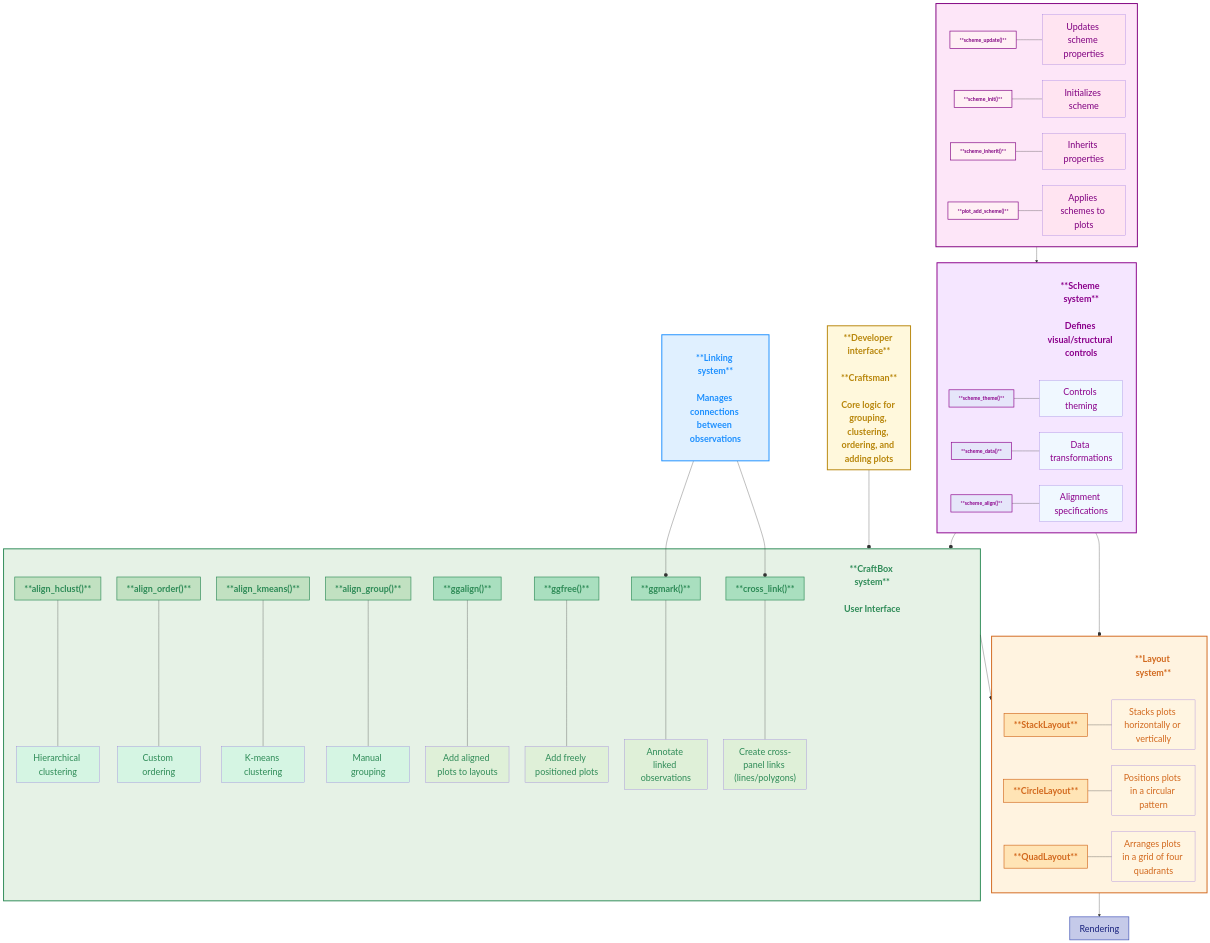
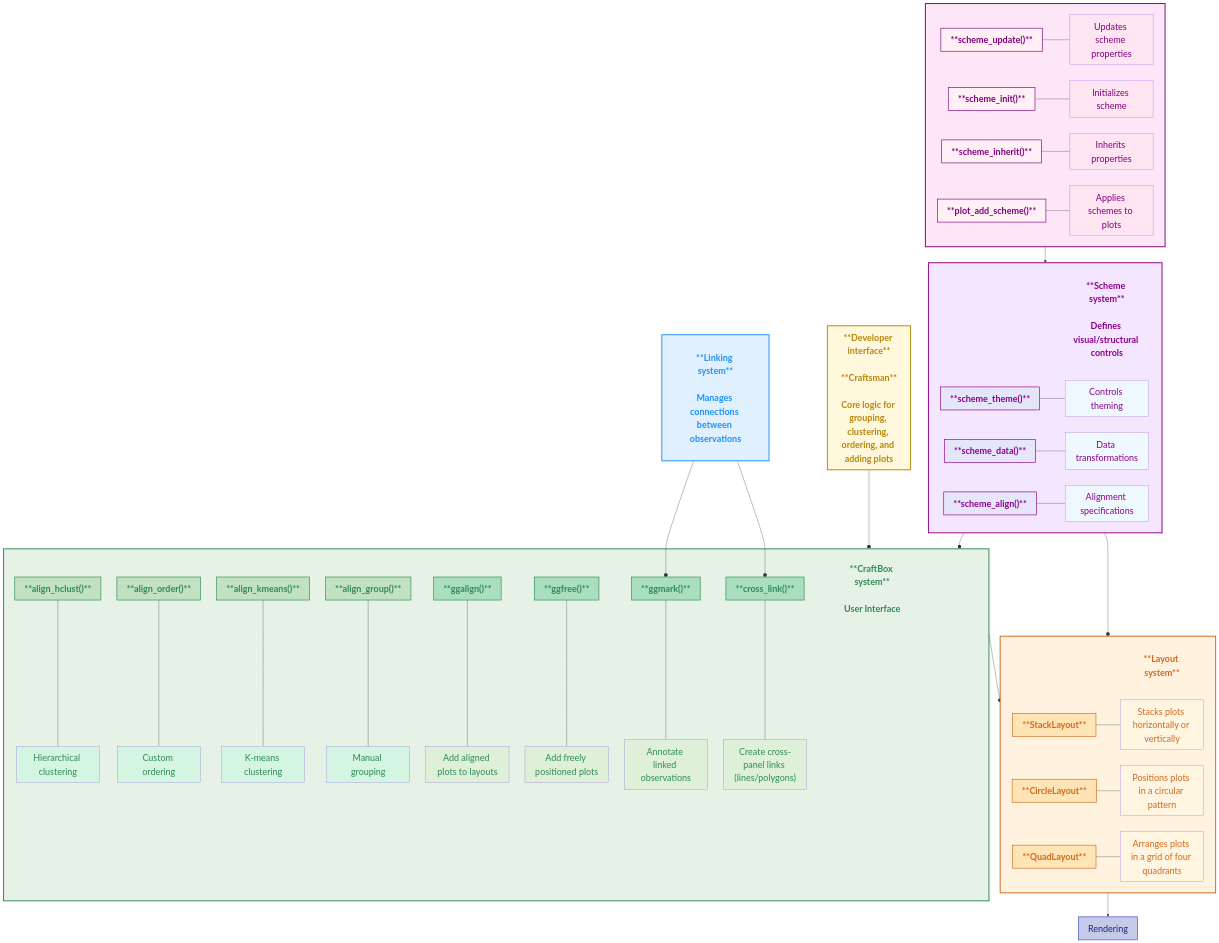
The second of 2 diagrams in introduction.qmd (Yunuuuu/ggalign-book), drawn with Mermaid before and after one commit.

Commit message:
style text

```diff
--- a/introduction.qmd
+++ b/introduction.qmd
@@ -292,9 +292,9 @@
     SchemeData --- SchemeDataDesc
     SchemeAlign --- SchemeAlignDesc
 
-    style SchemeTheme fill:#E6E6FA,stroke:#8B008B,stroke-width:2px,color:#8B008B,font-weight:bold
-    style SchemeData fill:#E6E6FA,stroke:#8B008B,stroke-width:2px,color:#8B008B,font-weight:bold
-    style SchemeAlign fill:#E6E6FA,stroke:#8B008B,stroke-width:2px,color:#8B008B,font-weight:bold
+    style SchemeTheme fill:#E6E6FA,stroke:#8B008B,stroke-width:2px,color:#8B008B,font-weight:bold,font-size:28px
+    style SchemeData fill:#E6E6FA,stroke:#8B008B,stroke-width:2px,color:#8B008B,font-weight:bold,font-size:28px
+    style SchemeAlign fill:#E6E6FA,stroke:#8B008B,stroke-width:2px,color:#8B008B,font-weight:bold,font-size:28px
 
     style SchemeThemeDesc fill:#F0F8FF,color:#8B008B,font-size:28px
     style SchemeDataDesc fill:#F0F8FF,color:#8B008B,font-size:28px
@@ -319,10 +319,10 @@
     SchemeInherit --- SchemeInheritDesc
     PlotAddScheme --- PlotAddSchemeDesc
 
-    style SchemeUpdate fill:#FFF0F5,stroke:#800080,stroke-width:2px,color:#800080,font-weight:bold
-    style SchemeInit fill:#FFF0F5,stroke:#800080,stroke-width:2px,color:#800080,font-weight:bold
-    style SchemeInherit fill:#FFF0F5,stroke:#800080,stroke-width:2px,color:#800080,font-weight:bold
-    style PlotAddScheme fill:#FFF0F5,stroke:#800080,stroke-width:2px,color:#800080,font-weight:bold
+    style SchemeUpdate fill:#FFF0F5,stroke:#800080,stroke-width:2px,color:#800080,font-weight:bold,font-size:28px
+    style SchemeInit fill:#FFF0F5,stroke:#800080,stroke-width:2px,color:#800080,font-weight:bold,font-size:28px
+    style SchemeInherit fill:#FFF0F5,stroke:#800080,stroke-width:2px,color:#800080,font-weight:bold,font-size:28px
+    style PlotAddScheme fill:#FFF0F5,stroke:#800080,stroke-width:2px,color:#800080,font-weight:bold,font-size:28px
 
     style SchemeUpdateDesc fill:#FFE4F1,color:#800080,font-size:28px
     style SchemeInitDesc fill:#FFE4F1,color:#800080,font-size:28px
```
